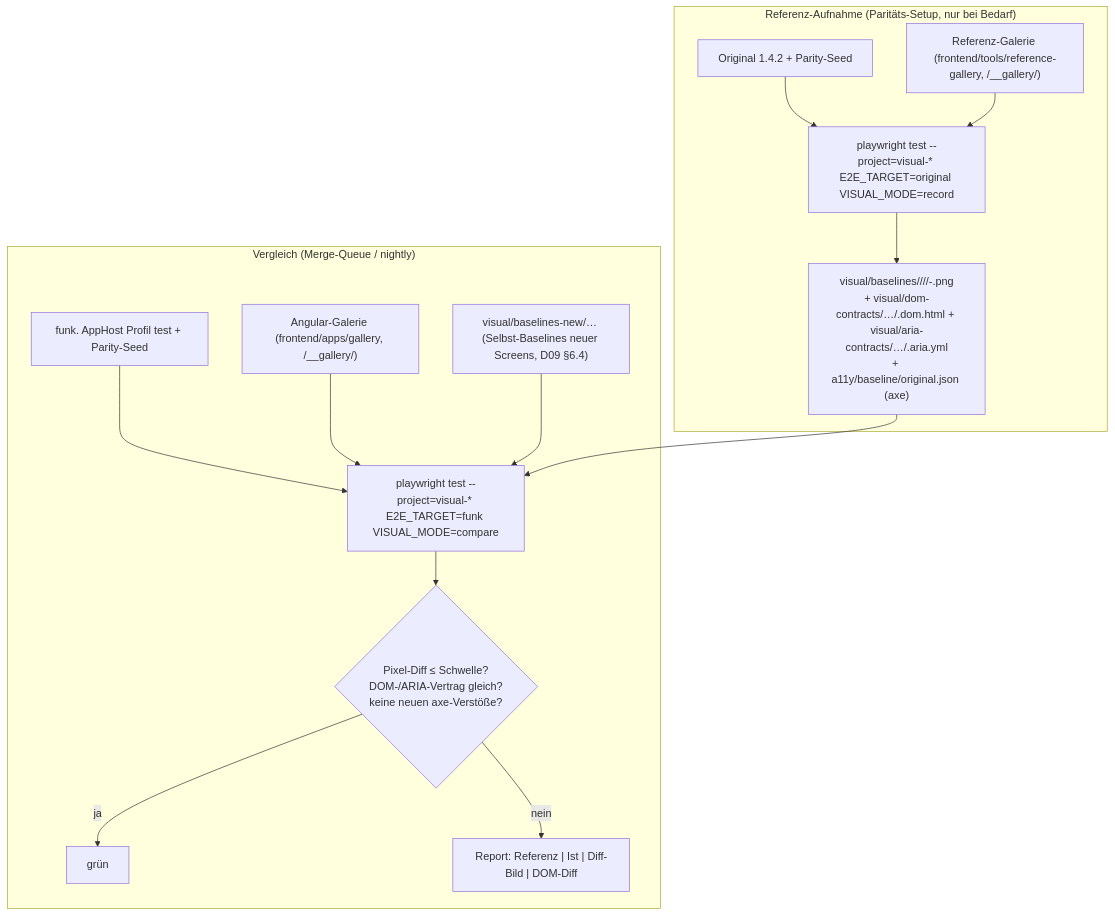
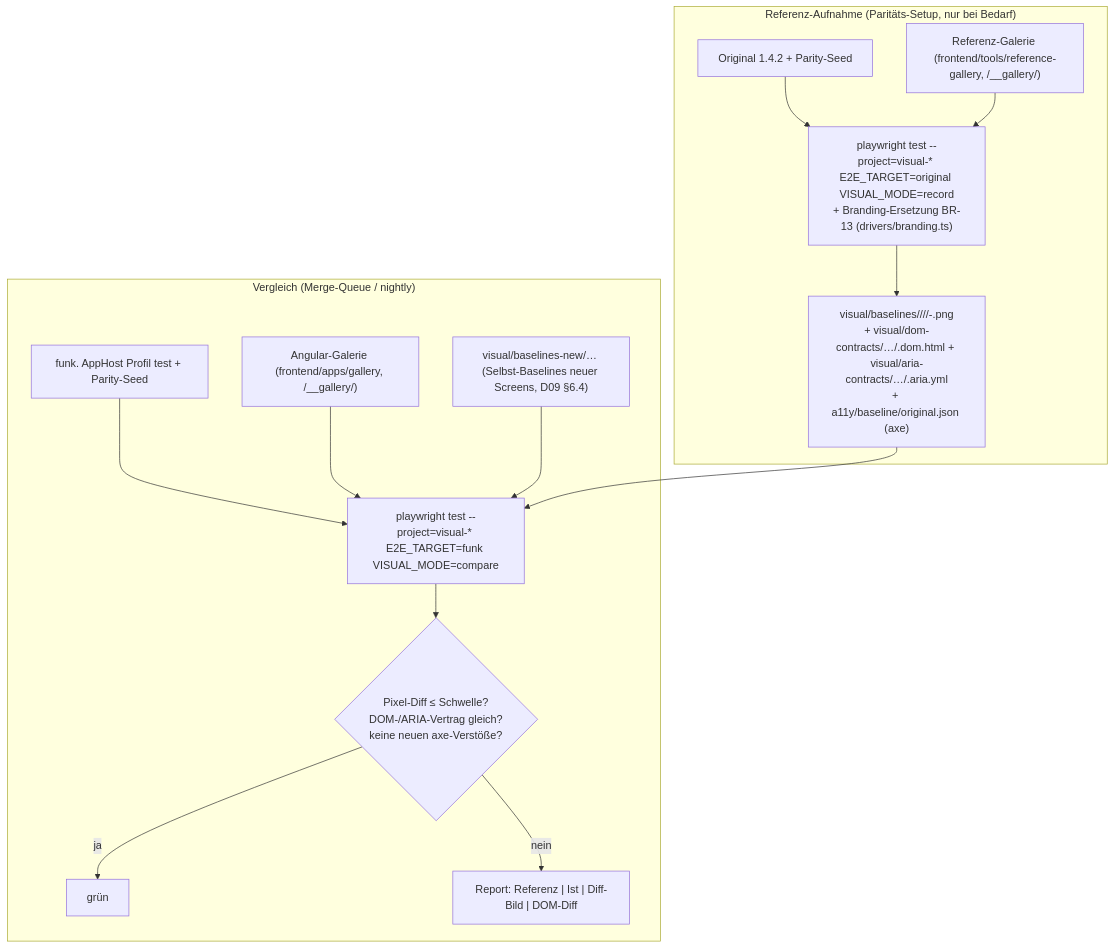
One commit to mlwr/plane changed the fifth of 6 diagrams in migration/architecture/15-teststrategie-qualitaet-paritaet.md. Above: the diagram before and after it, drawn with Mermaid. The commit also changed other lines of this file and 18 other files, not shown here.

First line of the commit message:
docs(migration): second alignment round and funk. branding across architecture docs

````diff
--- a/migration/architecture/15-teststrategie-qualitaet-paritaet.md
+++ b/migration/architecture/15-teststrategie-qualitaet-paritaet.md
@@ -761,17 +766,17 @@
 ```mermaid
 flowchart TB
   subgraph Ref["Referenz-Aufnahme (Paritäts-Setup, nur bei Bedarf)"]
-    O1["Original 1.4.2 + Parity-Seed"] --> R1["playwright test --project=visual-* <br/>E2E_TARGET=original VISUAL_MODE=record"]
+    O1["Original 1.4.2 + Parity-Seed"] --> R1["playwright test --project=visual-* <br/>E2E_TARGET=original VISUAL_MODE=record<br/>+ Branding-Ersetzung BR-13 (drivers/branding.ts)"]
     OG["Referenz-Galerie (frontend/tools/reference-gallery, /__gallery/)"] --> R1
     R1 --> REF["visual/baselines/<app>/<entry-id>/<state-id>/<theme>-<viewport>.png<br/>+ visual/dom-contracts/…/<state-id>.dom.html + visual/aria-contracts/…/<state-id>.aria.yml<br/>+ a11y/baseline/original.json (axe)"]
   end
   subgraph Cmp["Vergleich (Merge-Queue / nightly)"]
     F1["funk. AppHost Profil test + Parity-Seed"] --> C1["playwright test --project=visual-* <br/>E2E_TARGET=funk VISUAL_MODE=compare"]
     FG["Angular-Galerie (frontend/apps/gallery, /__gallery/)"] --> C1
     NEW["visual/baselines-new/… (Selbst-Baselines neuer Screens, D09 §6.4)"] --> C1
     C1 --> D1{"Pixel-Diff ≤ Schwelle?<br/>DOM-/ARIA-Vertrag gleich?<br/>keine neuen axe-Verstöße?"}
     D1 -->|ja| OK["grün"]
     D1 -->|nein| REP["Report: Referenz | Ist | Diff-Bild | DOM-Diff"]
   end
   REF --> C1
 ```
````
